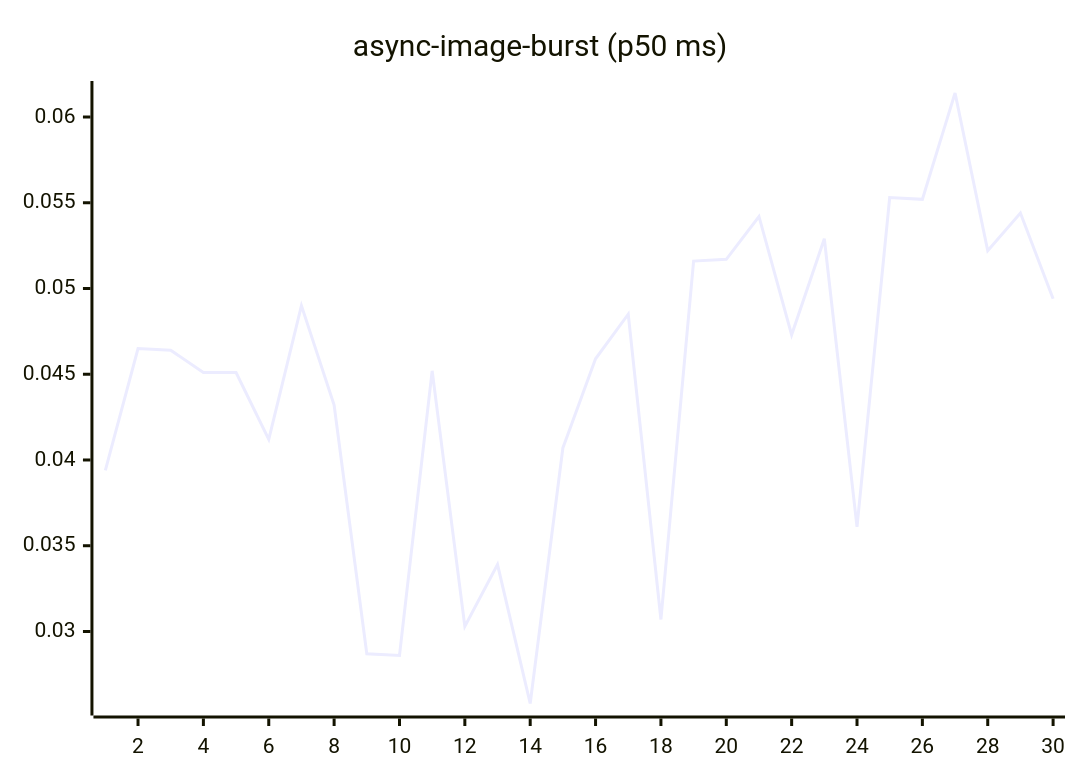
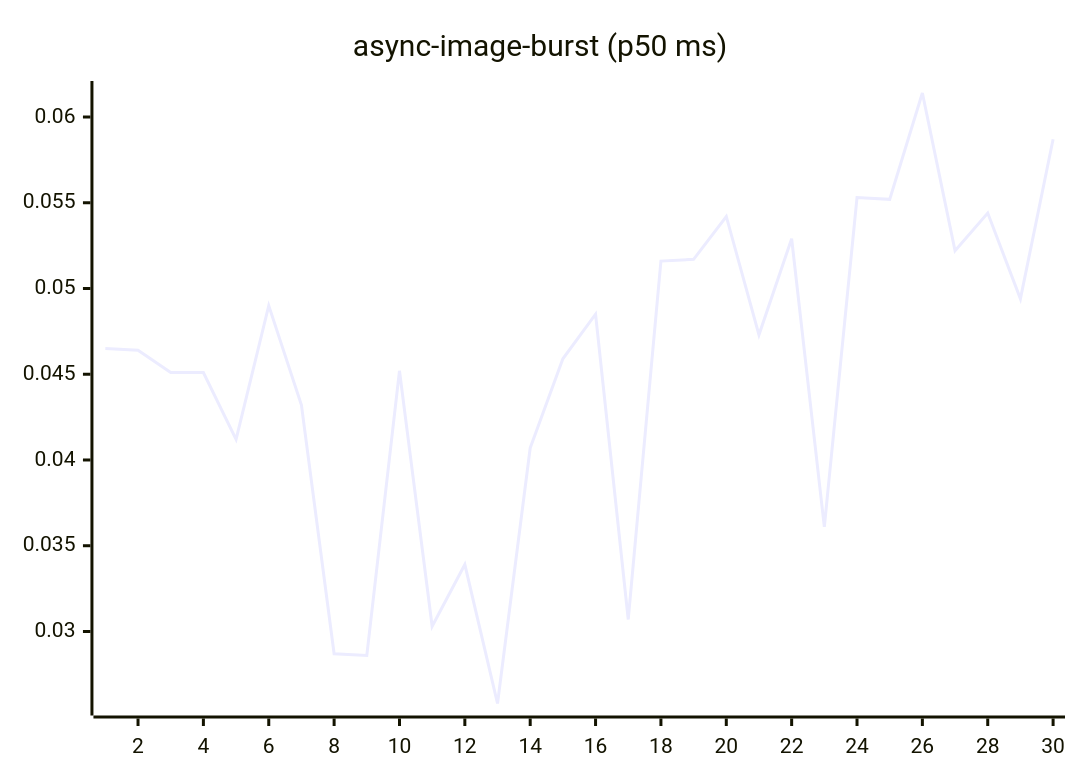
One commit to josha/Facet changed the fourth of 27 diagrams in README.md. Above: the diagram before and after it, drawn with Mermaid. The commit also changed other lines of this file and 2 other files, not shown here.

````diff
--- a/README.md
+++ b/README.md
@@ -84,6 +84,6 @@
 ```mermaid
 xychart-beta
     title "async-image-burst (p50 ms)"
     x-axis 1 --> 30
-    line [0.0394, 0.0465, 0.0464, 0.0451, 0.0451, 0.0412, 0.0490, 0.0432, 0.0287, 0.0286, 0.0452, 0.0303, 0.0339, 0.0258, 0.0407, 0.0459, 0.0485, 0.0307, 0.0516, 0.0517, 0.0542, 0.0473, 0.0529, 0.0361, 0.0553, 0.0552, 0.0614, 0.0522, 0.0544, 0.0494]
+    line [0.0465, 0.0464, 0.0451, 0.0451, 0.0412, 0.0490, 0.0432, 0.0287, 0.0286, 0.0452, 0.0303, 0.0339, 0.0258, 0.0407, 0.0459, 0.0485, 0.0307, 0.0516, 0.0517, 0.0542, 0.0473, 0.0529, 0.0361, 0.0553, 0.0552, 0.0614, 0.0522, 0.0544, 0.0494, 0.0587]
 ```
````
